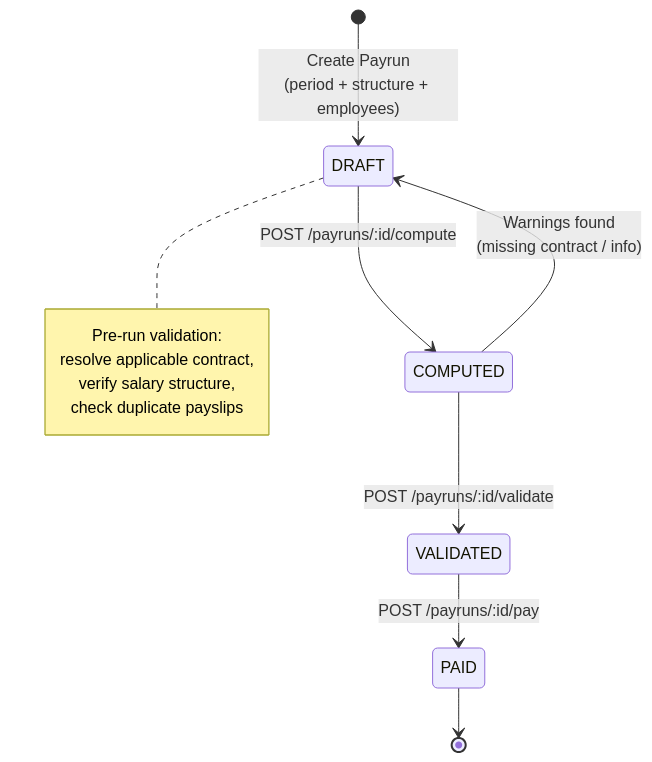
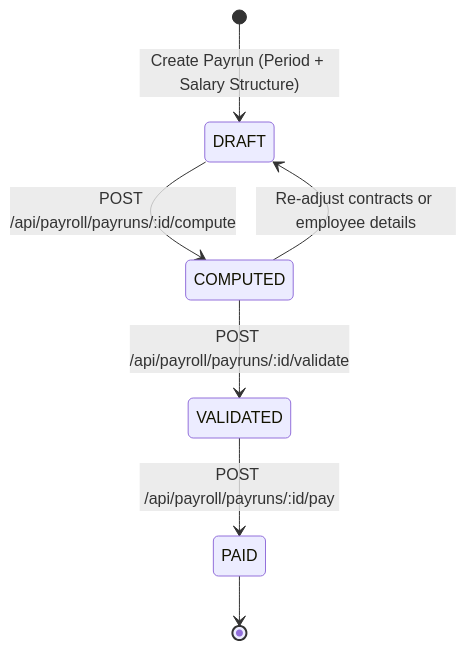
The fourth of 6 diagrams in README.md (Parthparmar57/team_49_odoo_grand_final_hackathon), drawn with Mermaid before and after one commit. The commit also changed other lines of this file and 1 other file, not shown here.

````diff
--- a/README.md
+++ b/README.md
@@ -176,16 +169,10 @@
 ```mermaid
 stateDiagram-v2
-    [*] --> DRAFT: Create Payrun<br/>(period + structure + employees)
-    DRAFT --> COMPUTED: POST /payruns/:id/compute
-    COMPUTED --> VALIDATED: POST /payruns/:id/validate
-    VALIDATED --> PAID: POST /payruns/:id/pay
+    [*] --> DRAFT: Create Payrun (Period + Salary Structure)
+    DRAFT --> COMPUTED: POST /api/payroll/payruns/:id/compute
+    COMPUTED --> VALIDATED: POST /api/payroll/payruns/:id/validate
+    VALIDATED --> PAID: POST /api/payroll/payruns/:id/pay
     PAID --> [*]
 
-    COMPUTED --> DRAFT: Warnings found<br/>(missing contract / info)
-    note right of DRAFT
-        Pre-run validation:
-        resolve applicable contract,
-        verify salary structure,
-        check duplicate payslips
-    end note
+    COMPUTED --> DRAFT: Re-adjust contracts or employee details
 ```
````
